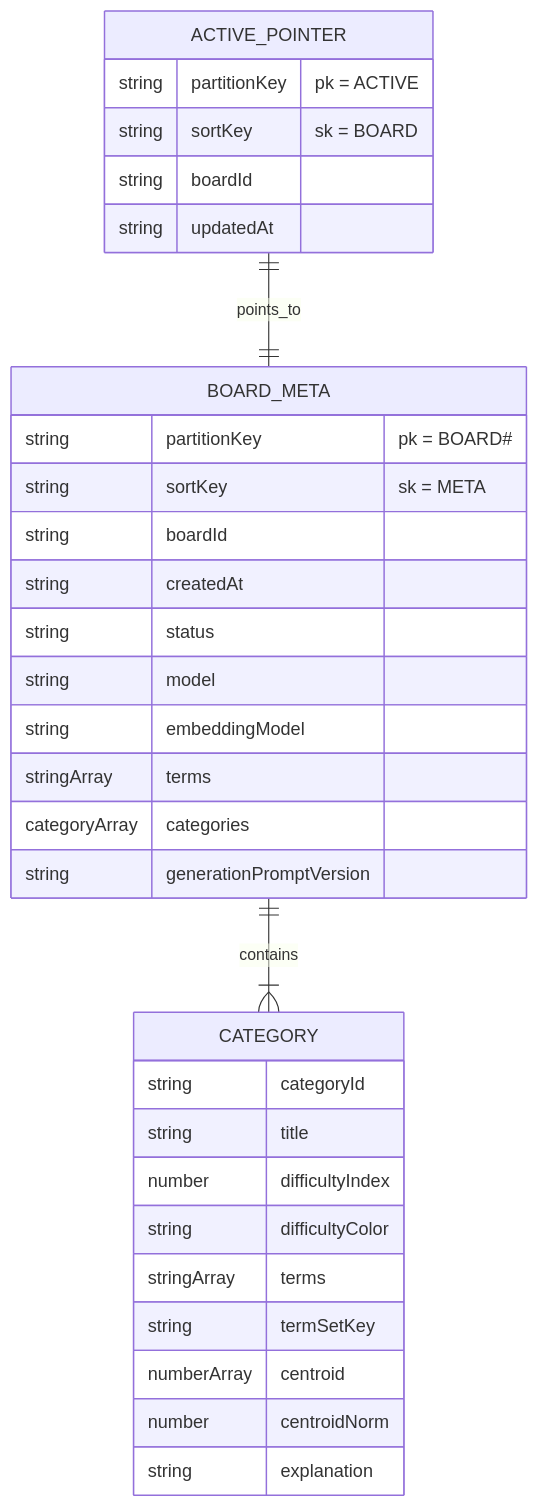
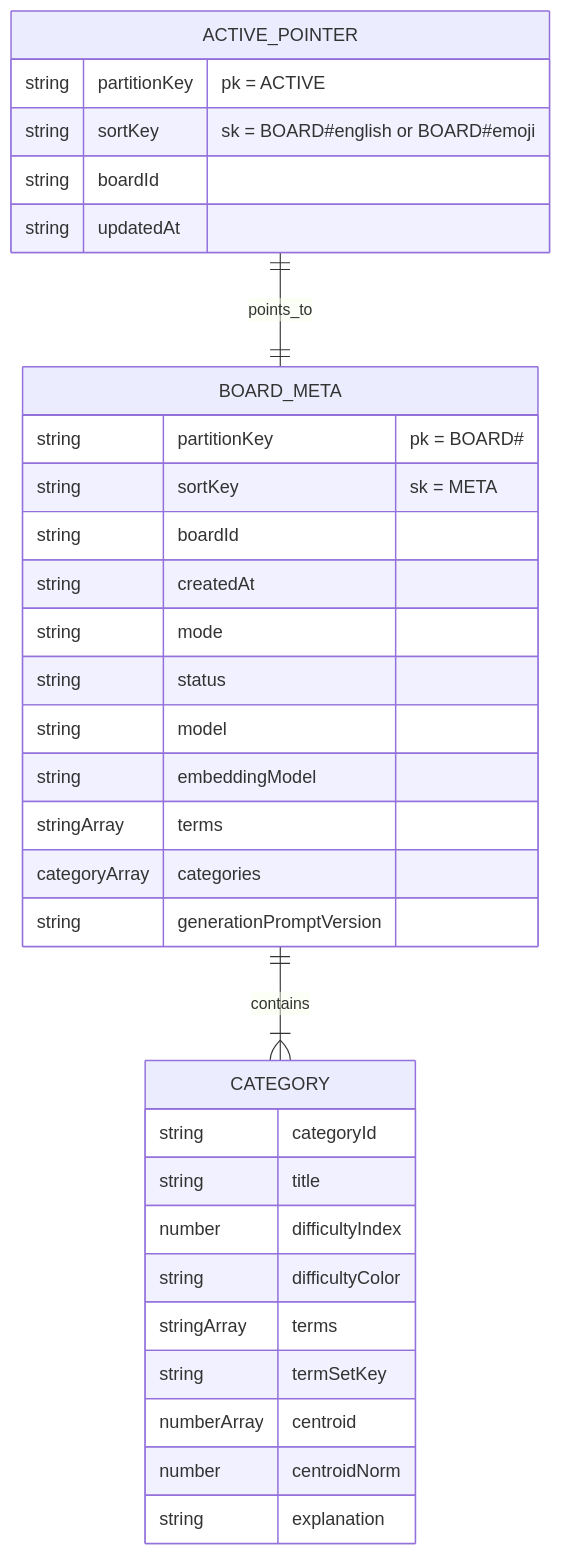
One commit to nemi-systems/nextjs-portfoliosite changed the fourth of 4 diagrams in projects/xand1/README.md. Above: the diagram before and after it, drawn with Mermaid. The commit also changed other lines of this file and 20 other files, not shown here.

````diff
--- a/projects/xand1/README.md
+++ b/projects/xand1/README.md
@@ -118,37 +113,38 @@
 ```mermaid
 erDiagram
   ACTIVE_POINTER {
     string partitionKey "pk = ACTIVE"
-    string sortKey "sk = BOARD"
+    string sortKey "sk = BOARD#english or BOARD#emoji"
     string boardId
     string updatedAt
   }
 
   BOARD_META {
     string partitionKey "pk = BOARD#<boardId>"
     string sortKey "sk = META"
     string boardId
     string createdAt
+    string mode
     string status
     string model
     string embeddingModel
     stringArray terms
     categoryArray categories
     string generationPromptVersion
   }
 
   CATEGORY {
     string categoryId
     string title
     number difficultyIndex
     string difficultyColor
     stringArray terms
     string termSetKey
     numberArray centroid
     number centroidNorm
     string explanation
   }
 
   ACTIVE_POINTER ||--|| BOARD_META : points_to
   BOARD_META ||--|{ CATEGORY : contains
 ```
````
